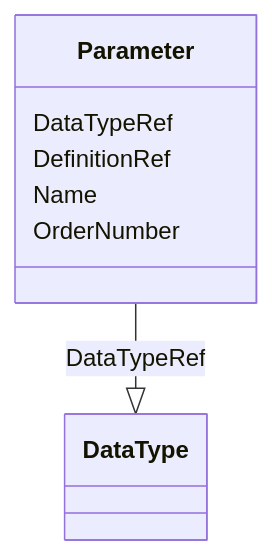
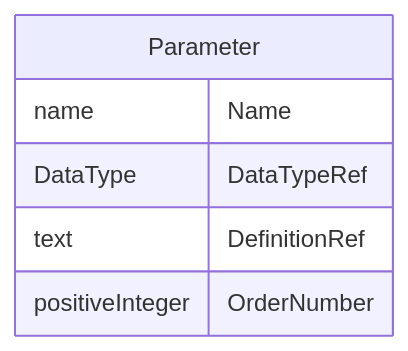
The diagram in docs/Parameter.md (cdisc-org/DataExchange-ODM-LinkML), drawn with Mermaid before and after one commit. The commit also changed other lines of this file and 181 other files, not shown here.

Commit message:
ER diagrams working via templates and removing names with underscores

````diff
--- a/docs/Parameter.md
+++ b/docs/Parameter.md
@@ -14,15 +11,12 @@
 ```mermaid
- classDiagram
-    class Parameter
-      Parameter : DataTypeRef
-        
-          Parameter --|> DataType : DataTypeRef
-        
-      Parameter : DefinitionRef
-        
-      Parameter : Name
-        
-      Parameter : OrderNumber
-        
-      
+erDiagram
+Parameter {
+    name Name  
+    DataType DataTypeRef  
+    text DefinitionRef  
+    positiveInteger OrderNumber  
+}
+
+
+
 ```
````
